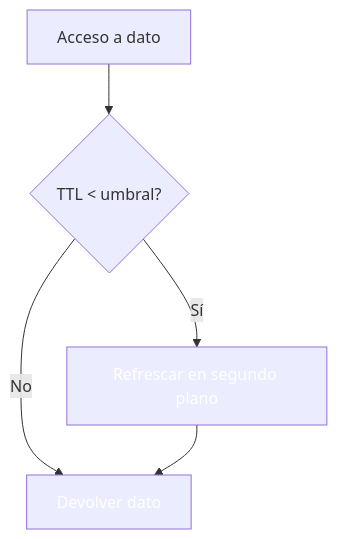
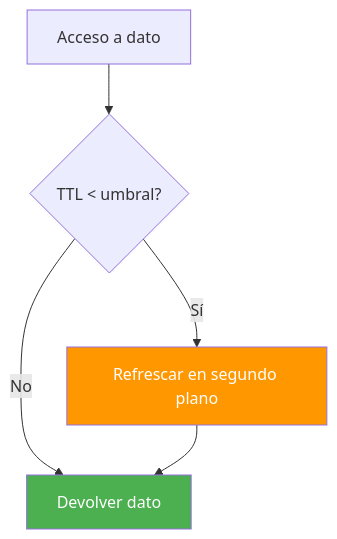
One commit to joseluisgs/DesarrolloWebEntornosServidor-02-2026-2027 changed diagram 11 of 17 in 14-cache-redis.md. Above: the diagram before and after it, drawn with Mermaid. The commit also changed other lines of this file, not shown here.

````diff
--- a/14-cache-redis.md
+++ b/14-cache-redis.md
@@ -375,9 +380,9 @@
 ```mermaid
 flowchart TD
     A["Acceso a dato"] --> B{"TTL < umbral?"}
     B -->|Sí| C["Refrescar en segundo plano"]
     B -->|No| D["Devolver dato"]
     C --> D
-    style C fill:#FF980,color:#fff0,color:#fff
-    style D fill:#4CAF5,color:#fff0,color:#fff
+    style C fill:#FF9800,color:#fff
+    style D fill:#4CAF50,color:#fff
 ```
````
